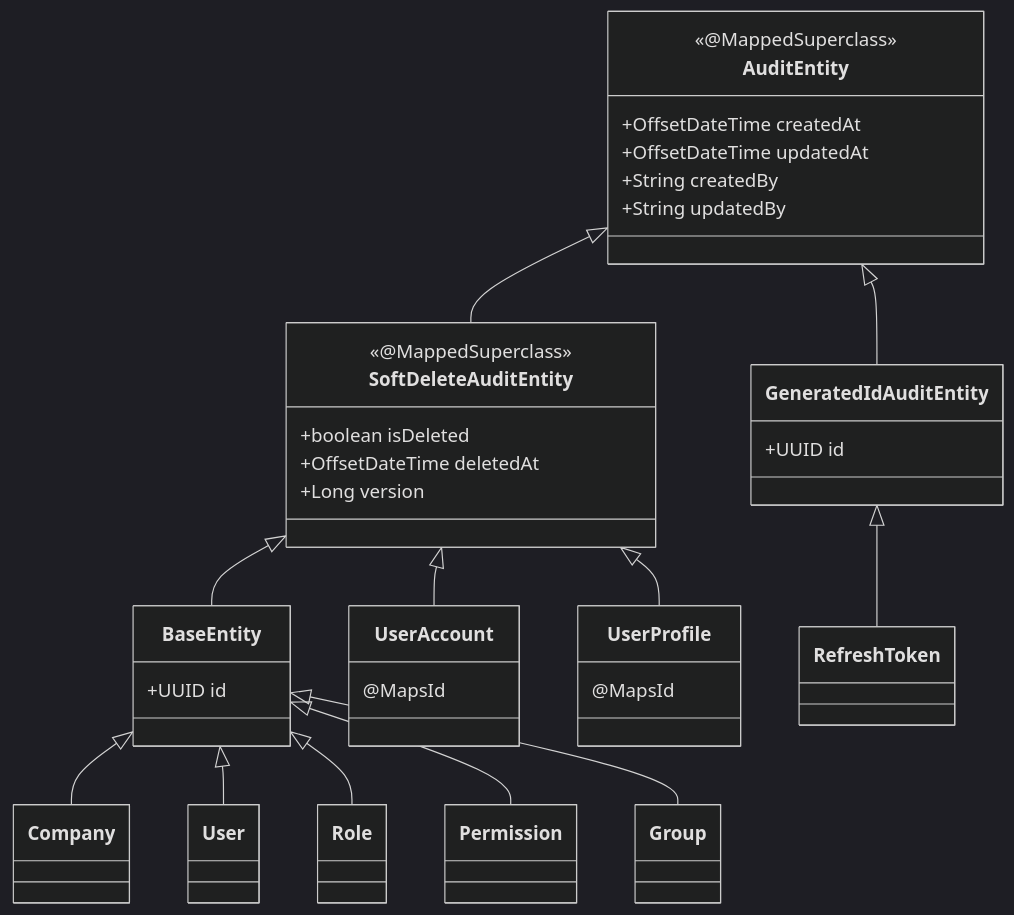
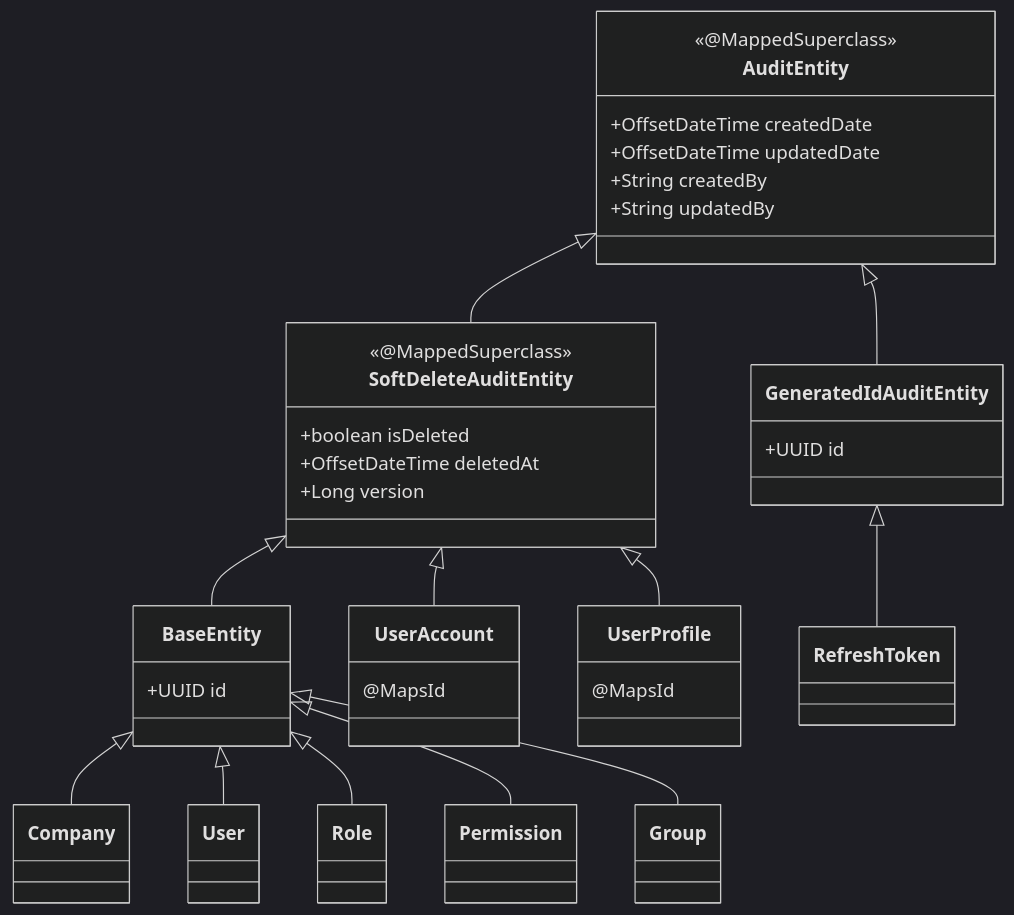
One commit to ibrhalil/forgesys changed the fifth of 5 diagrams in docs/ARCHITECTURE.md. Above: the diagram before and after it, drawn with Mermaid (dark theme). The commit also changed other lines of this file and 10 other files, not shown here.

````diff
--- a/docs/ARCHITECTURE.md
+++ b/docs/ARCHITECTURE.md
@@ -177,48 +179,48 @@
 ```mermaid
 classDiagram
     class AuditEntity {
         <<@MappedSuperclass>>
-        +OffsetDateTime createdAt
-        +OffsetDateTime updatedAt
+        +OffsetDateTime createdDate
+        +OffsetDateTime updatedDate
         +String createdBy
         +String updatedBy
     }
     class SoftDeleteAuditEntity {
         <<@MappedSuperclass>>
         +boolean isDeleted
         +OffsetDateTime deletedAt
         +Long version
     }
     class BaseEntity {
         +UUID id
     }
     class GeneratedIdAuditEntity {
         +UUID id
     }
 
     AuditEntity <|-- SoftDeleteAuditEntity
     AuditEntity <|-- GeneratedIdAuditEntity
     SoftDeleteAuditEntity <|-- BaseEntity
 
     class Company
     class User
     class UserAccount {
         @MapsId
     }
     class UserProfile {
         @MapsId
     }
     class Role
     class Permission
     class Group
     class RefreshToken
 
     BaseEntity <|-- Company
     BaseEntity <|-- User
     BaseEntity <|-- Role
     BaseEntity <|-- Permission
     BaseEntity <|-- Group
     SoftDeleteAuditEntity <|-- UserAccount
     SoftDeleteAuditEntity <|-- UserProfile
     GeneratedIdAuditEntity <|-- RefreshToken
 ```
````
